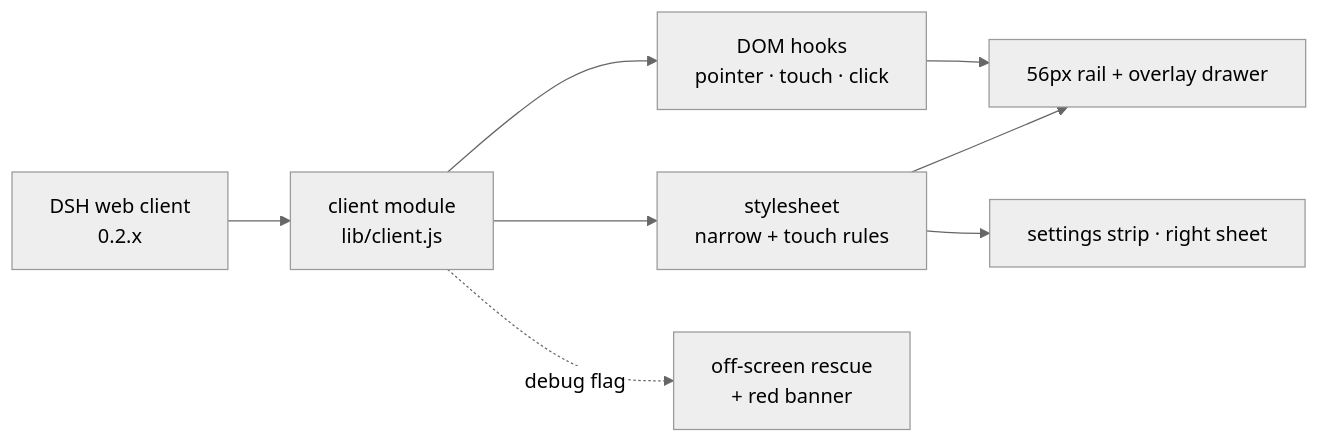
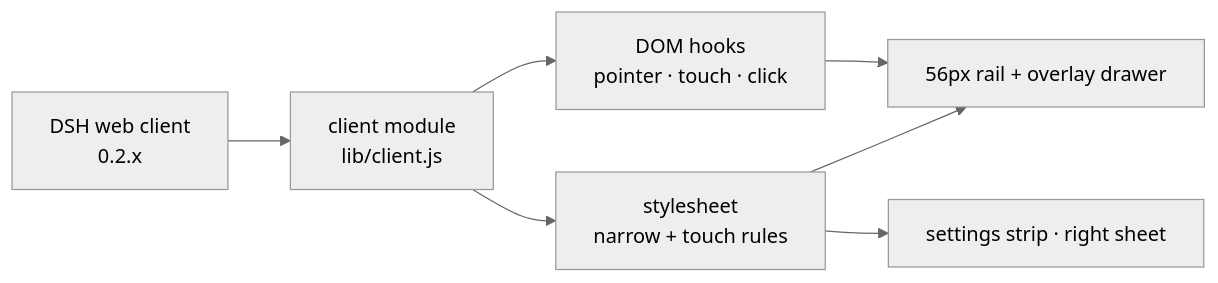
Before and after one commit to zven73/dsh-mobile-fix: the diagram in README.md, drawn with Mermaid (neutral theme). The commit also changed other lines of this file and 6 other files, not shown here.

````diff
--- a/README.md
+++ b/README.md
@@ -67,10 +67,9 @@
 ```mermaid
 flowchart LR
   A[DSH web client<br/>0.2.x] --> B[client module<br/>lib/client.js]
   B --> C[stylesheet<br/>narrow + touch rules]
   B --> D[DOM hooks<br/>pointer · touch · click]
   C --> E[56px rail + overlay drawer]
   C --> F[settings strip · right sheet]
   D --> E
-  B -. debug flag .-> G[off-screen rescue<br/>+ red banner]
 ```
````
